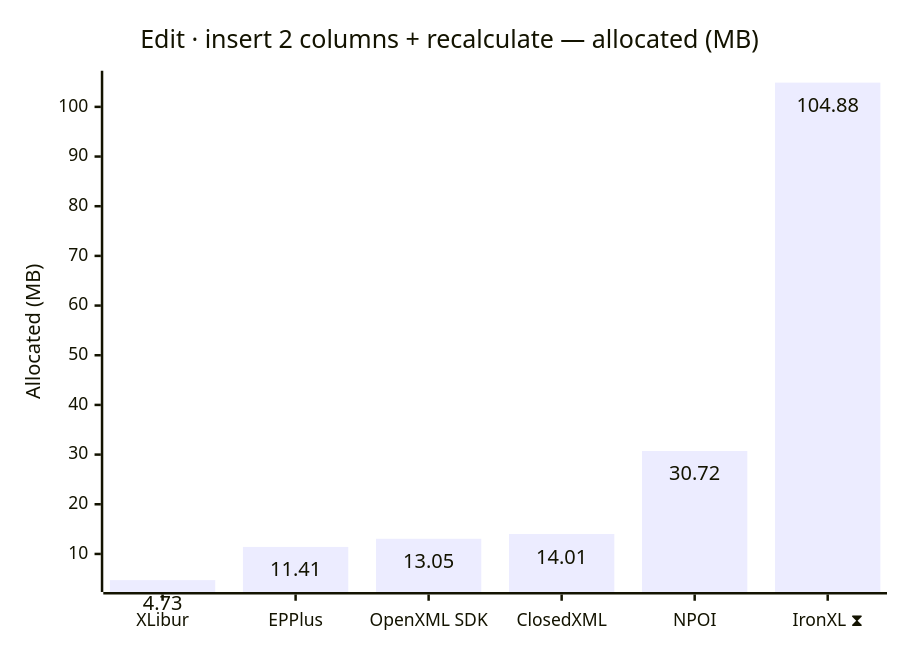
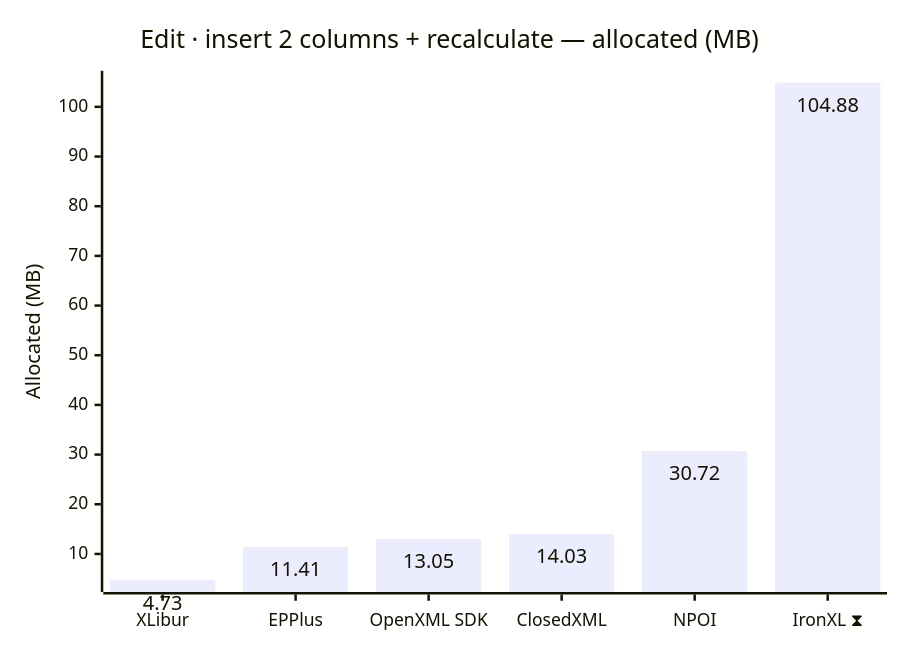
One commit to jafin/XLBench changed diagram 12 of 12 in docs/results.md. Above: the diagram before and after it, drawn with Mermaid. The commit also changed other lines of this file and 1 other file, not shown here.

````diff
--- a/docs/results.md
+++ b/docs/results.md
@@ -182,12 +182,12 @@
 ```mermaid
 ---
 config:
   xyChart:
     showDataLabel: true
 ---
 xychart-beta
     title "Edit · insert 2 columns + recalculate — allocated (MB)"
     x-axis ["XLibur", "EPPlus", "OpenXML SDK", "ClosedXML", "NPOI", "IronXL ⧗"]
     y-axis "Allocated (MB)"
-    bar [4.73, 11.41, 13.05, 14.01, 30.72, 104.88]
+    bar [4.73, 11.41, 13.05, 14.03, 30.72, 104.88]
 ```
````
